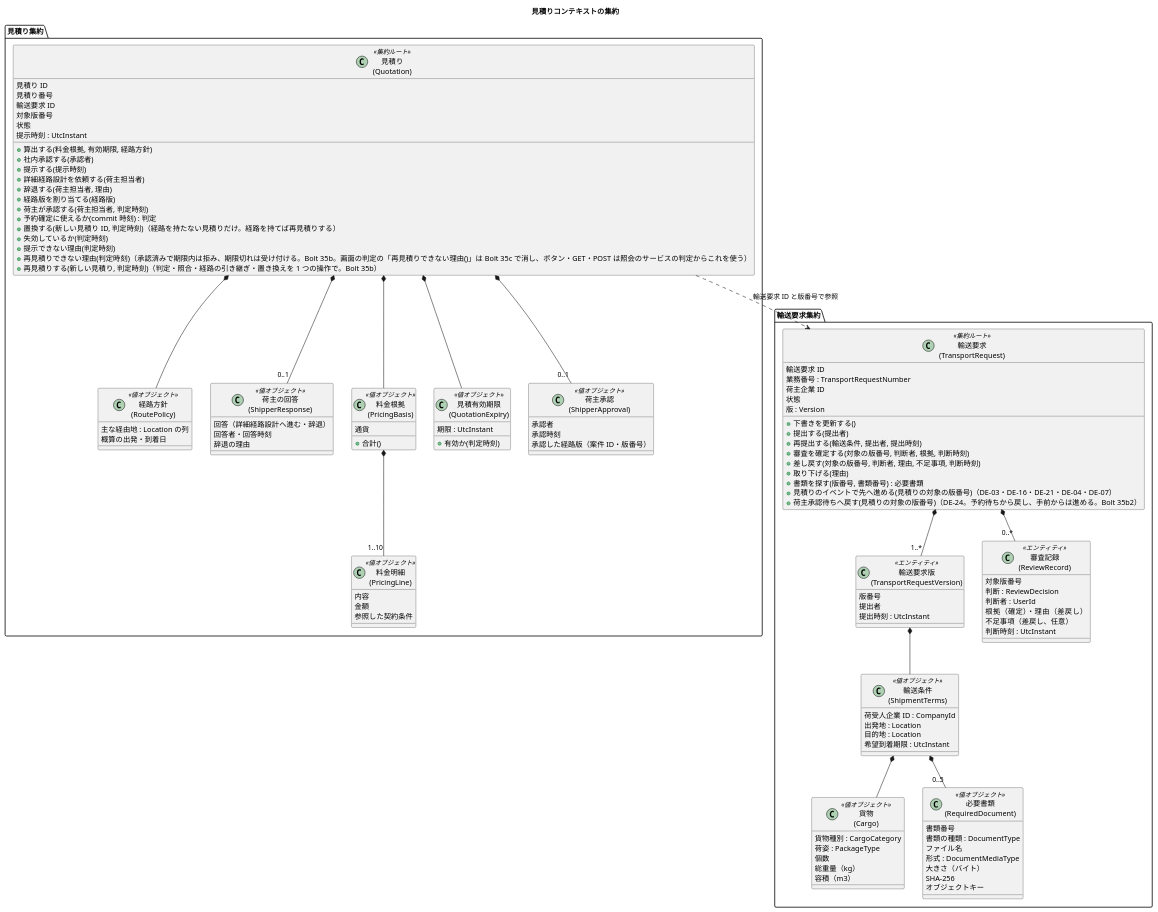
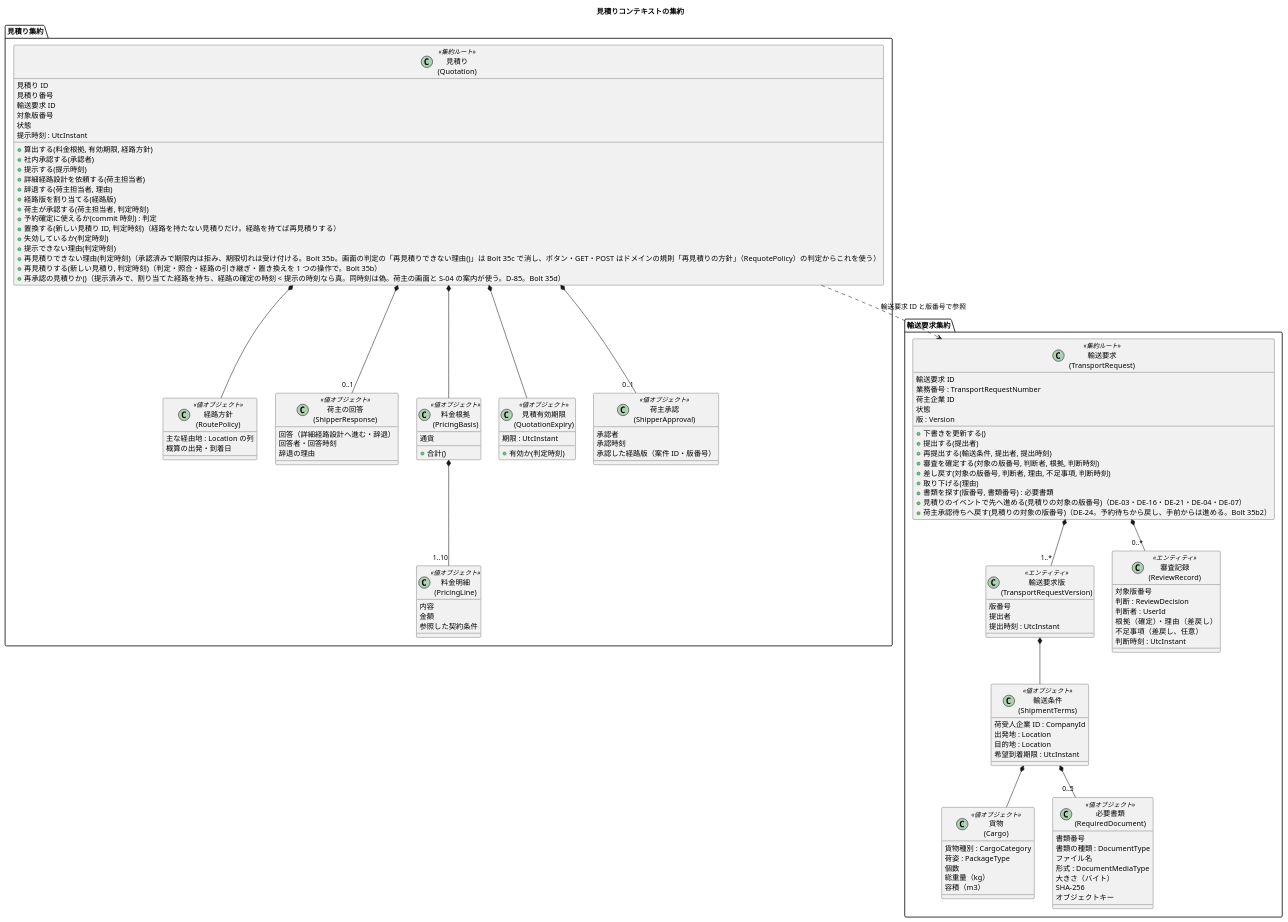
Before and after one commit to k2works/practical-domain-driven-design-in-enterpris-application: the third of 23 diagrams in docs/design/cargo-tracker/domain_model.md, drawn with PlantUML. The commit also changed other lines of this file and 7 other files, not shown here.

```diff
--- a/docs/design/cargo-tracker/domain_model.md
+++ b/docs/design/cargo-tracker/domain_model.md
@@ -420,8 +421,9 @@
     + 置換する(新しい見積り ID, 判定時刻)（経路を持たない見積りだけ。経路を持てば再見積りする）
     + 失効しているか(判定時刻)
     + 提示できない理由(判定時刻)
-    + 再見積りできない理由(判定時刻)（承認済みで期限内は拒み、期限切れは受け付ける。Bolt 35b。画面の判定の「再見積りできない理由()」は Bolt 35c で消し、ボタン・GET・POST は照会のサービスの判定からこれを使う）
+    + 再見積りできない理由(判定時刻)（承認済みで期限内は拒み、期限切れは受け付ける。Bolt 35b。画面の判定の「再見積りできない理由()」は Bolt 35c で消し、ボタン・GET・POST はドメインの規則「再見積りの方針」（RequotePolicy）の判定からこれを使う）
     + 再見積りする(新しい見積り, 判定時刻)（判定・照合・経路の引き継ぎ・置き換えを 1 つの操作で。Bolt 35b）
+    + 再承認の見積りか()（提示済みで、割り当てた経路を持ち、経路の確定の時刻 < 提示の時刻なら真。同時刻は偽。荷主の画面と S-04 の案内が使う。D-85。Bolt 35d）
   }
   class "経路方針\n(RoutePolicy)" as RP <<値オブジェクト>> {
     主な経由地 : Location の列
```
